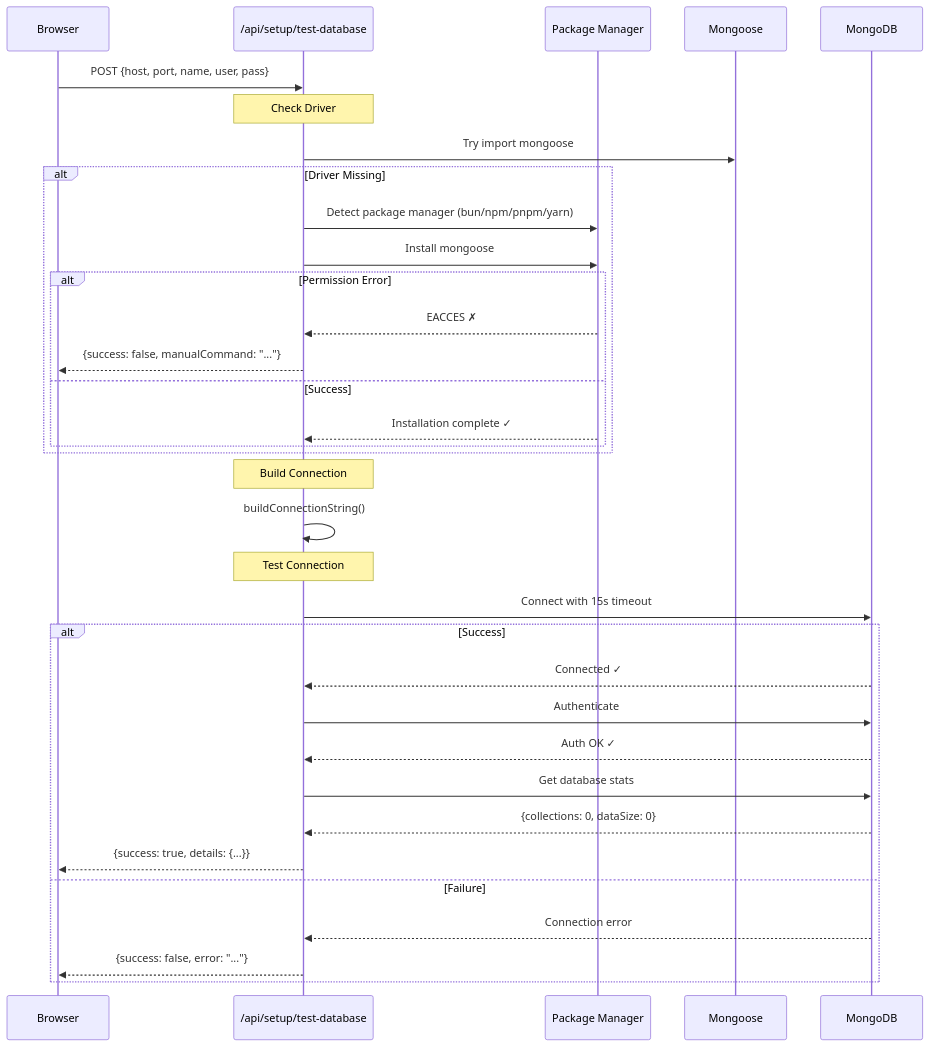
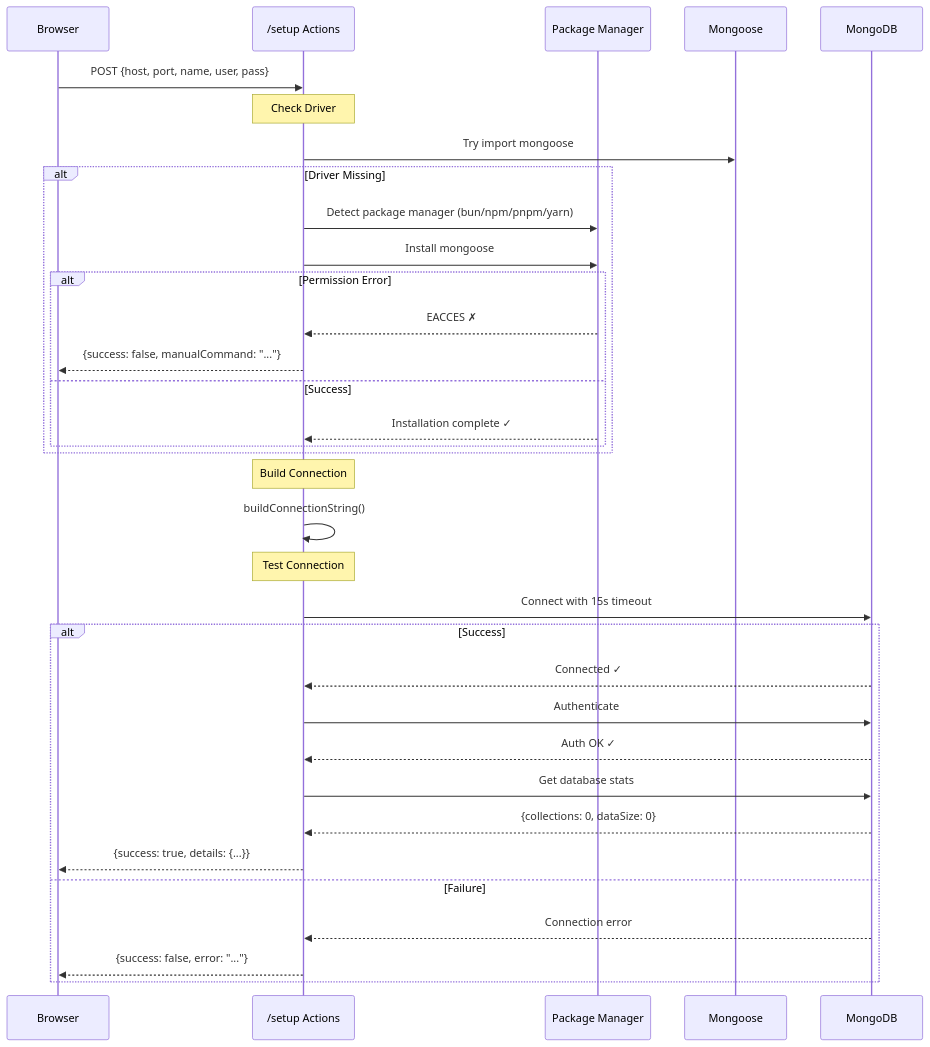
The seventh of 9 diagrams in docs/architecture/initialization-workflow.mdx (SveltyCMS/SveltyCMS), drawn with Mermaid before and after one commit. The commit also changed other lines of this file and 90 other files, not shown here.

Commit message:
feat: refactor setup wizard to use SvelteKit Server Actions and detect redis-server, consolidating setup logic and enhancing type safety and performance.

````diff
--- a/docs/architecture/initialization-workflow.mdx
+++ b/docs/architecture/initialization-workflow.mdx
@@ -770,42 +768,42 @@
 ```mermaid
 sequenceDiagram
     participant Client as Browser
-    participant API as /api/setup/test-database
+    participant Setup as /setup Actions
     participant PM as Package Manager
     participant Mongoose
     participant DB as MongoDB
 
-    Client->>API: POST {host, port, name, user, pass}
+    Client->>Setup: POST {host, port, name, user, pass}
 
-    Note over API: Check Driver
-    API->>Mongoose: Try import mongoose
+    Note over Setup: Check Driver
+    Setup->>Mongoose: Try import mongoose
 
     alt Driver Missing
-        API->>PM: Detect package manager (bun/npm/pnpm/yarn)
-        API->>PM: Install mongoose
+        Setup->>PM: Detect package manager (bun/npm/pnpm/yarn)
+        Setup->>PM: Install mongoose
         alt Permission Error
-            PM-->>API: EACCES ✗
-            API-->>Client: {success: false, manualCommand: "..."}
+            PM-->>Setup: EACCES ✗
+            Setup-->>Client: {success: false, manualCommand: "..."}
         else Success
-            PM-->>API: Installation complete ✓
+            PM-->>Setup: Installation complete ✓
         end
     end
 
-    Note over API: Build Connection
-    API->>API: buildConnectionString()
+    Note over Setup: Build Connection
+    Setup->>Setup: buildConnectionString()
 
-    Note over API: Test Connection
-    API->>DB: Connect with 15s timeout
+    Note over Setup: Test Connection
+    Setup->>DB: Connect with 15s timeout
 
     alt Success
-        DB-->>API: Connected ✓
-        API->>DB: Authenticate
-        DB-->>API: Auth OK ✓
-        API->>DB: Get database stats
-        DB-->>API: {collections: 0, dataSize: 0}
-        API-->>Client: {success: true, details: {...}}
+        DB-->>Setup: Connected ✓
+        Setup->>DB: Authenticate
+        DB-->>Setup: Auth OK ✓
+        Setup->>DB: Get database stats
+        DB-->>Setup: {collections: 0, dataSize: 0}
+        Setup-->>Client: {success: true, details: {...}}
     else Failure
-        DB-->>API: Connection error
-        API-->>Client: {success: false, error: "..."}
+        DB-->>Setup: Connection error
+        Setup-->>Client: {success: false, error: "..."}
     end
 ```
````
